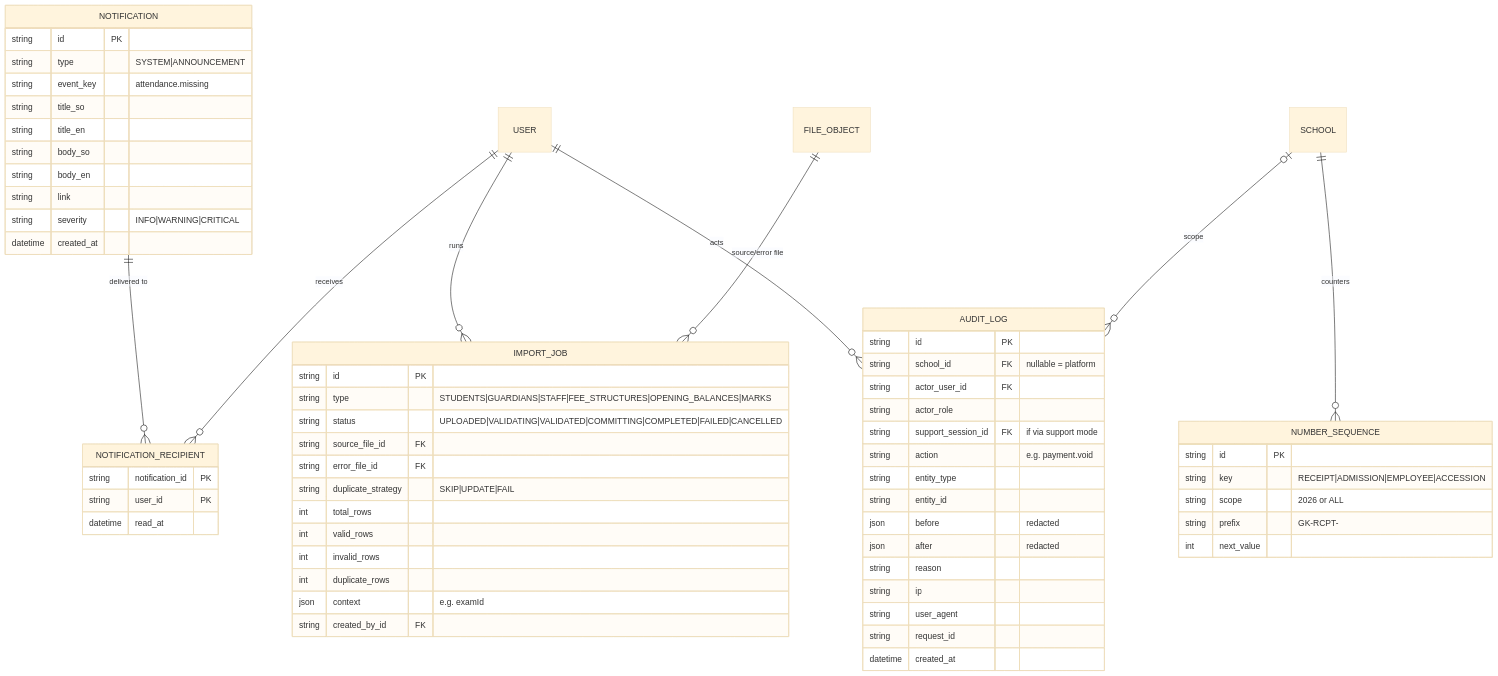
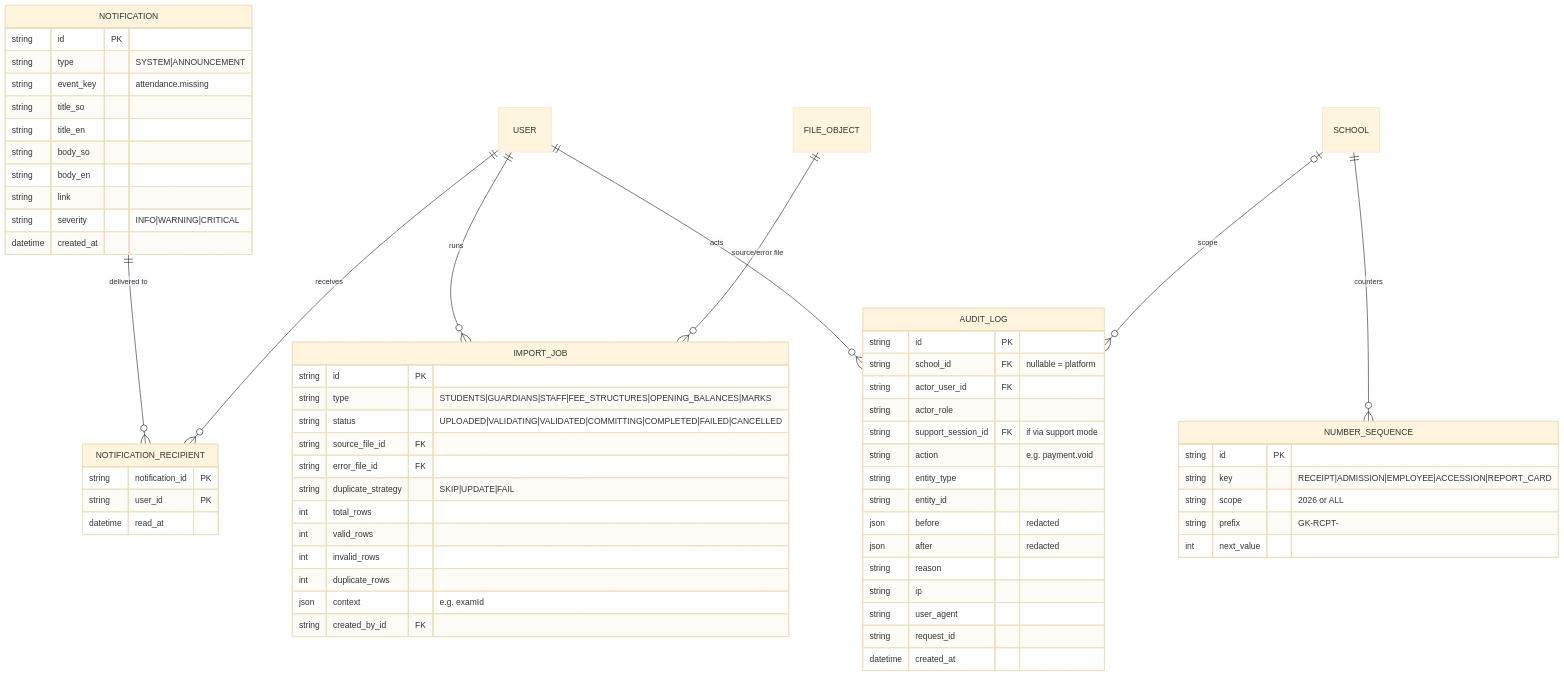
One commit to ismacil87/Gol-khatumo changed the tenth of 10 diagrams in docs/phase-1/03-database-erd.md. Above: the diagram before and after it, drawn with Mermaid (base theme). The commit also changed other lines of this file and 10 other files, not shown here.

````diff
--- a/docs/phase-1/03-database-erd.md
+++ b/docs/phase-1/03-database-erd.md
@@ -875,66 +890,66 @@
 ```mermaid
 erDiagram
   USER ||--o{ AUDIT_LOG : "acts"
   SCHOOL |o--o{ AUDIT_LOG : "scope"
   NOTIFICATION ||--o{ NOTIFICATION_RECIPIENT : "delivered to"
   USER ||--o{ NOTIFICATION_RECIPIENT : "receives"
   USER ||--o{ IMPORT_JOB : "runs"
   FILE_OBJECT ||--o{ IMPORT_JOB : "source/error file"
   SCHOOL ||--o{ NUMBER_SEQUENCE : "counters"
 
   AUDIT_LOG {
     string id PK
     string school_id FK "nullable = platform"
     string actor_user_id FK
     string actor_role
     string support_session_id FK "if via support mode"
     string action "e.g. payment.void"
     string entity_type
     string entity_id
     json before "redacted"
     json after "redacted"
     string reason
     string ip
     string user_agent
     string request_id
     datetime created_at
   }
   NOTIFICATION {
     string id PK
     string type "SYSTEM|ANNOUNCEMENT"
     string event_key "attendance.missing"
     string title_so
     string title_en
     string body_so
     string body_en
     string link
     string severity "INFO|WARNING|CRITICAL"
     datetime created_at
   }
   NOTIFICATION_RECIPIENT {
     string notification_id PK
     string user_id PK
     datetime read_at
   }
   IMPORT_JOB {
     string id PK
     string type "STUDENTS|GUARDIANS|STAFF|FEE_STRUCTURES|OPENING_BALANCES|MARKS"
     string status "UPLOADED|VALIDATING|VALIDATED|COMMITTING|COMPLETED|FAILED|CANCELLED"
     string source_file_id FK
     string error_file_id FK
     string duplicate_strategy "SKIP|UPDATE|FAIL"
     int total_rows
     int valid_rows
     int invalid_rows
     int duplicate_rows
     json context "e.g. examId"
     string created_by_id FK
   }
   NUMBER_SEQUENCE {
     string id PK
-    string key "RECEIPT|ADMISSION|EMPLOYEE|ACCESSION"
+    string key "RECEIPT|ADMISSION|EMPLOYEE|ACCESSION|REPORT_CARD"
     string scope "2026 or ALL"
     string prefix "GK-RCPT-"
     int next_value
   }
 ```
````
